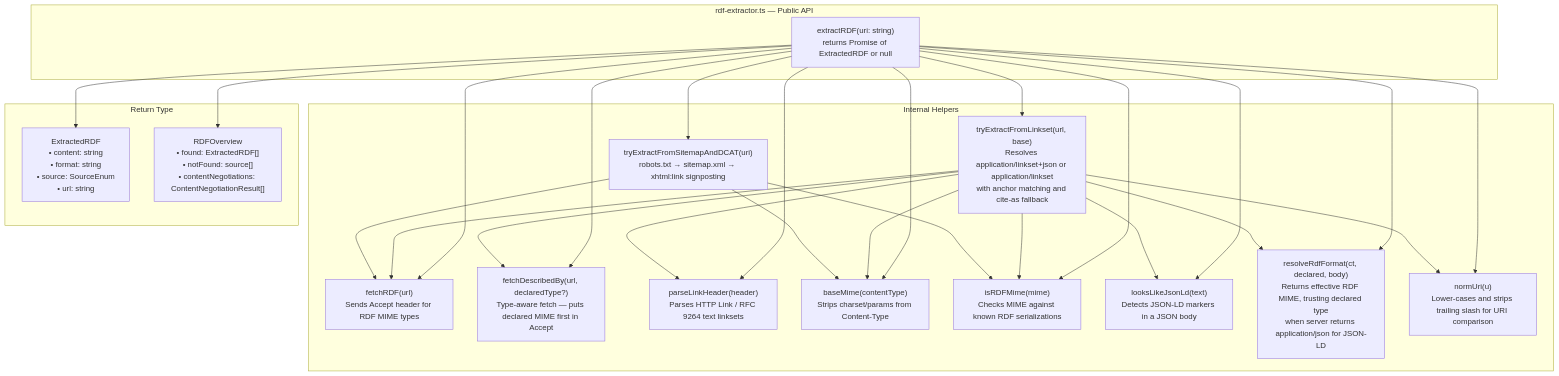
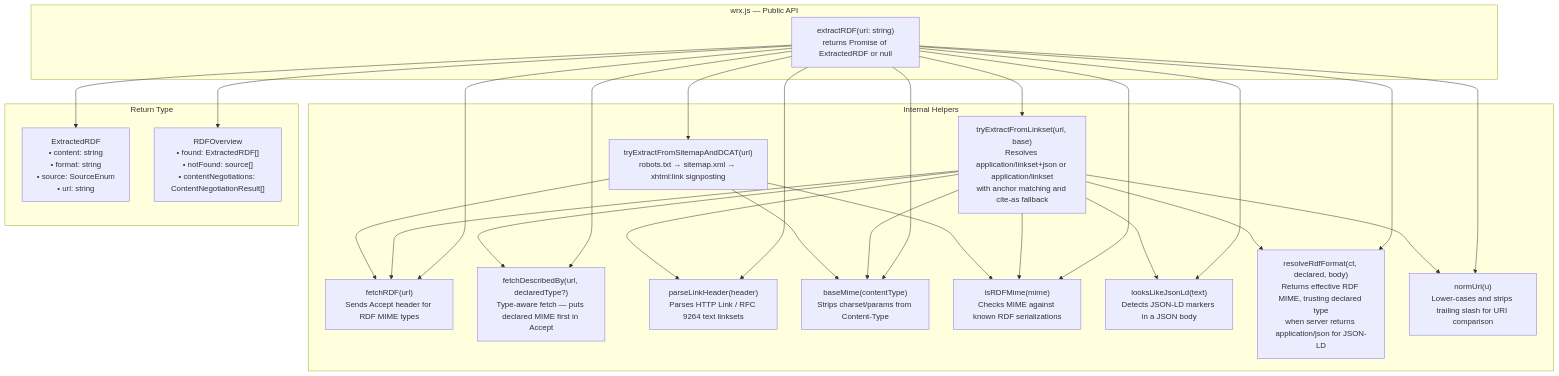
The first of 4 diagrams in DOCUMENTATION.md (cedricdcc/wrx), drawn with Mermaid before and after one commit. The commit also changed other lines of this file and 5 other files, not shown here.

````diff
--- a/DOCUMENTATION.md
+++ b/DOCUMENTATION.md
@@ -11,49 +11,49 @@
 ```mermaid
 graph TB
-    subgraph "rdf-extractor.ts — Public API"
+    subgraph "wrx.js — Public API"
         A["extractRDF(uri: string)\nreturns Promise of ExtractedRDF or null"]
     end
 
     subgraph "Internal Helpers"
         B["fetchRDF(url)\nSends Accept header for RDF MIME types"]
         B2["fetchDescribedBy(url, declaredType?)\nType-aware fetch — puts declared MIME first in Accept"]
         C["parseLinkHeader(header)\nParses HTTP Link / RFC 9264 text linksets"]
         D["baseMime(contentType)\nStrips charset/params from Content-Type"]
         E["isRDFMime(mime)\nChecks MIME against known RDF serializations"]
         E2["looksLikeJsonLd(text)\nDetects JSON-LD markers in a JSON body"]
         E3["resolveRdfFormat(ct, declared, body)\nReturns effective RDF MIME, trusting declared type\nwhen server returns application/json for JSON-LD"]
         E4["normUri(u)\nLower-cases and strips trailing slash for URI comparison"]
         F["tryExtractFromLinkset(url, base)\nResolves application/linkset+json or application/linkset\nwith anchor matching and cite-as fallback"]
         G["tryExtractFromSitemapAndDCAT(uri)\nrobots.txt → sitemap.xml → xhtml:link signposting"]
     end
 
     subgraph "Return Type"
         H["ExtractedRDF\n• content: string\n• format: string\n• source: SourceEnum\n• url: string"]
         H2["RDFOverview\n• found: ExtractedRDF[]\n• notFound: source[]\n• contentNegotiations: ContentNegotiationResult[]"]
     end
 
     A --> B
     A --> B2
     A --> C
     A --> D
     A --> E
     A --> E2
     A --> E3
     A --> E4
     A --> F
     A --> G
     A --> H
     A --> H2
 
     F --> B
     F --> B2
     F --> C
     F --> D
     F --> E
     F --> E2
     F --> E3
     F --> E4
     G --> B
     G --> D
     G --> E
 ```
````
